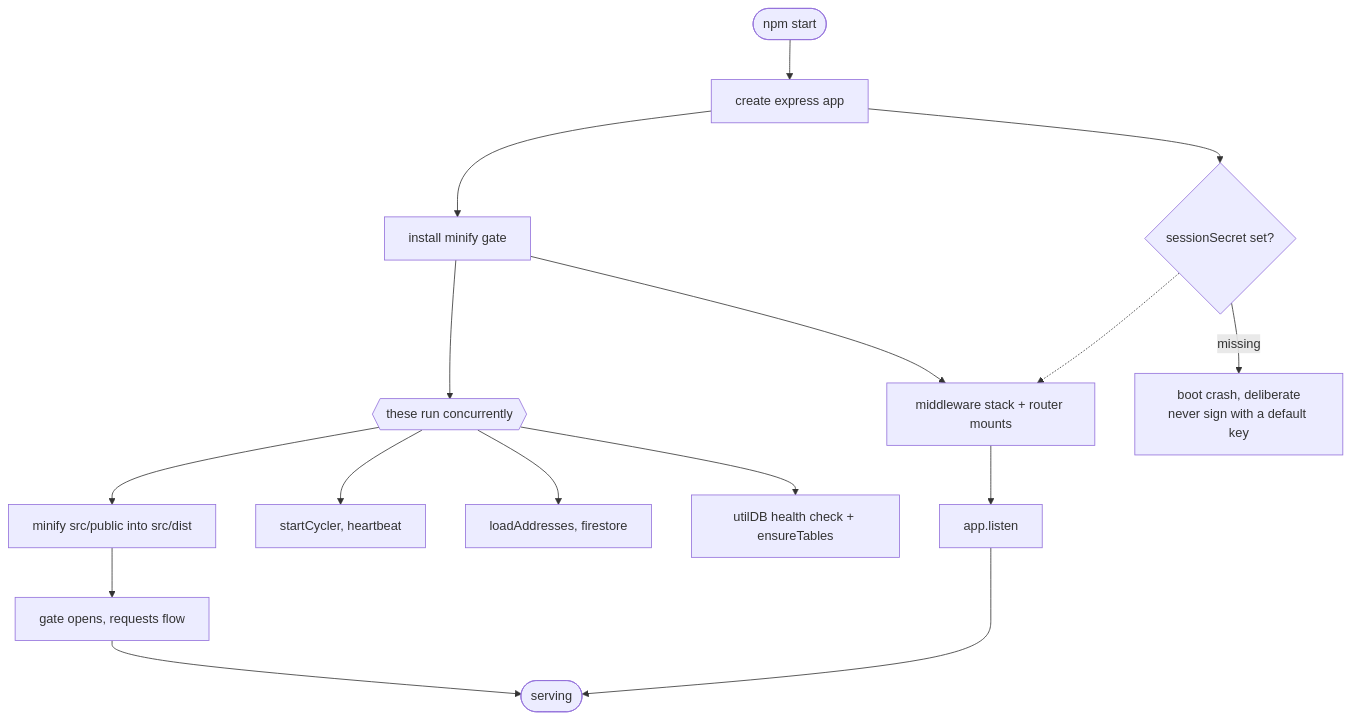
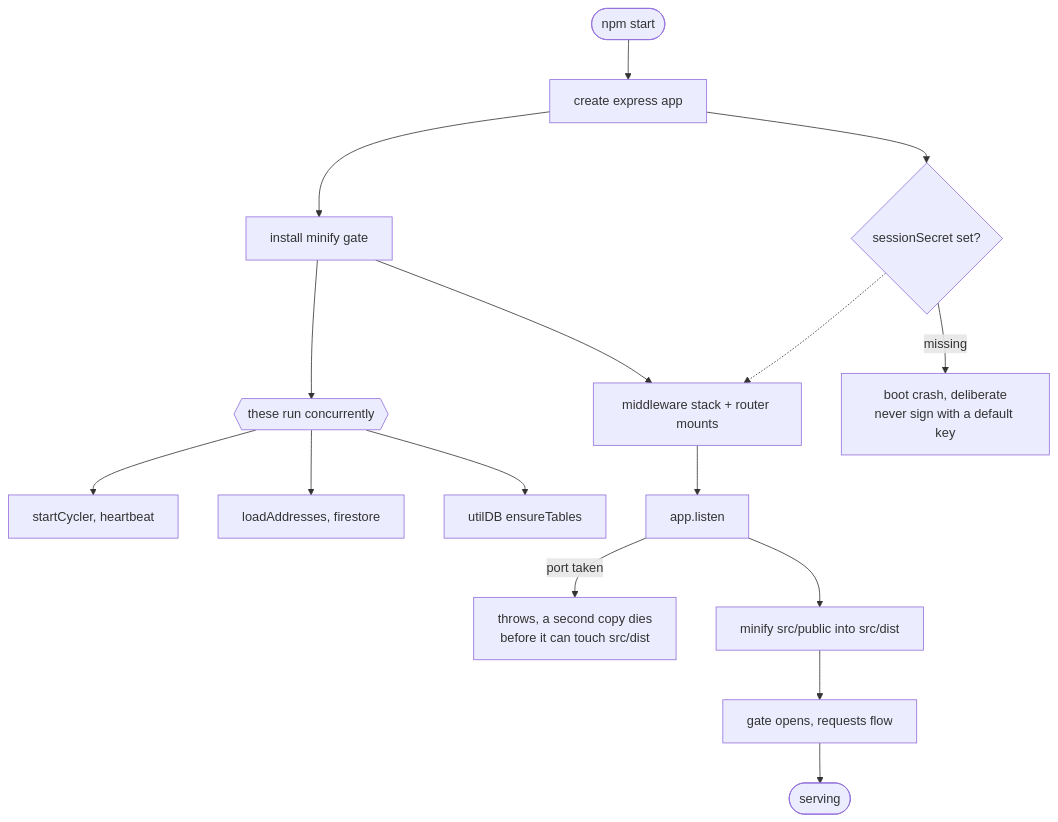
One commit to Air-zy/airWebsite changed the fifth of 7 diagrams in ARCHITECTURE.md. Above: the diagram before and after it, drawn with Mermaid. The commit also changed other lines of this file and 12 other files, not shown here.

````diff
--- a/ARCHITECTURE.md
+++ b/ARCHITECTURE.md
@@ -146,22 +146,21 @@
 ```mermaid
 flowchart TD
   START([npm start]) --> APP["create express app"]
   APP --> GATE["install minify gate"]
 
   GATE --> PAR{{"these run concurrently"}}
-  PAR --> MIN["minify src/public into src/dist"]
   PAR --> HEART["startCycler, heartbeat"]
   PAR --> ADDR["loadAddresses, firestore"]
-  PAR --> PG["utilDB health check + ensureTables"]
+  PAR --> PG["utilDB ensureTables"]
 
   GATE --> MW["middleware stack + router mounts"]
   MW --> LISTEN["app.listen"]
-  LISTEN --> UP([serving])
-
+  LISTEN -->|port taken| DIE["throws, a second copy dies<br/>before it can touch src/dist"]
+  LISTEN --> MIN["minify src/public into src/dist"]
   MIN --> OPEN["gate opens, requests flow"]
-  OPEN --> UP
+  OPEN --> UP([serving])
 
   SS{"sessionSecret set?"} -.-> MW
   APP --> SS
   SS -->|missing| CRASH["boot crash, deliberate<br/>never sign with a default key"]
 ```
````
